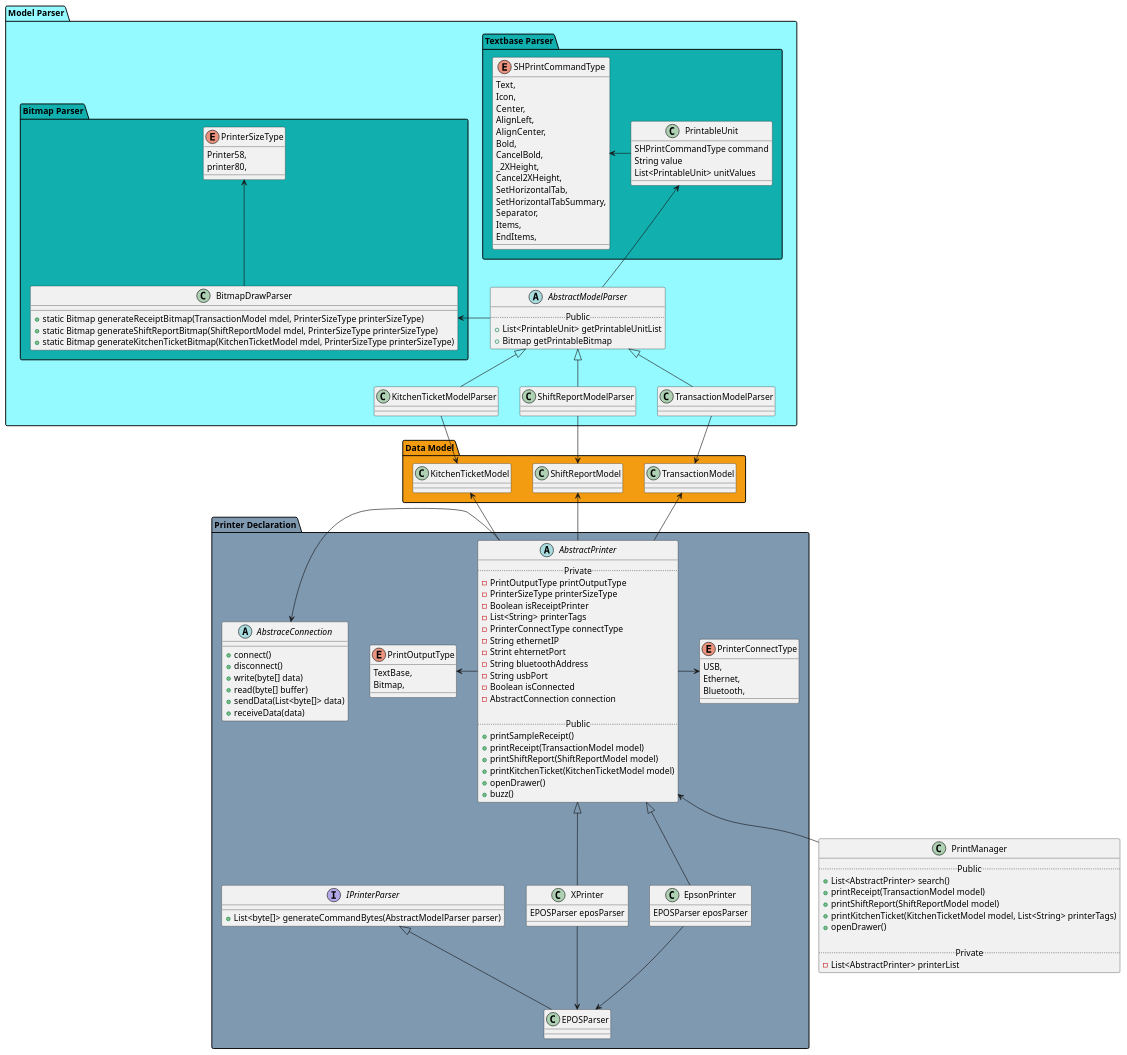
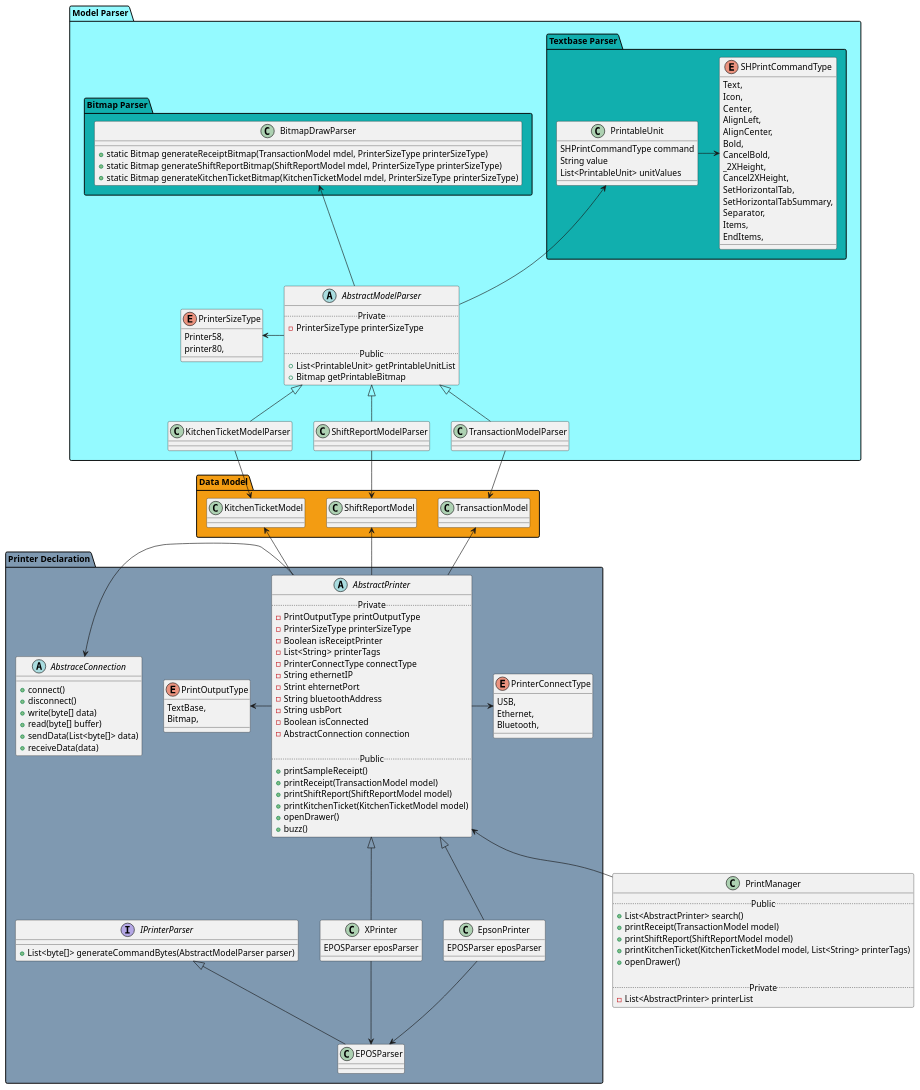
The diagram in src/example/printer.wsd (sumyfly/myUml), drawn with PlantUML before and after one commit.

Commit message:
update printer uml

```diff
--- a/src/example/printer.wsd
+++ b/src/example/printer.wsd
@@ -1,178 +1,183 @@
 @startuml printer
 
 package "Data Model" #F39C12 {
   class TransactionModel {
   }
 
   class ShiftReportModel {
   }
 
   class KitchenTicketModel {
   }
 
 }
 
 package "Model Parser" #94FAFF {
+
+  enum PrinterSizeType {
+    Printer58,
+    printer80,
+  }
+
   package "Textbase Parser" #11AFAE {
 
     enum SHPrintCommandType {
       Text,
       Icon,
       Center,
       AlignLeft,
       AlignCenter,
       Bold,
       CancelBold,
       _2XHeight,
       Cancel2XHeight,
       SetHorizontalTab,
       SetHorizontalTabSummary,
       Separator,
       Items,
       EndItems,
     }
 
     class PrintableUnit {
       SHPrintCommandType command
       String value
       List<PrintableUnit> unitValues
     }
+
+    PrintableUnit -> SHPrintCommandType
   }
 
   package "Bitmap Parser" #11AFAE {
-    enum PrinterSizeType {
-      Printer58,
-      printer80,
-    }
 
     ' temp class, will move logic into specific model parser.
     class BitmapDrawParser {
       + static Bitmap generateReceiptBitmap(TransactionModel mdel, PrinterSizeType printerSizeType)
       + static Bitmap generateShiftReportBitmap(ShiftReportModel mdel, PrinterSizeType printerSizeType)
       + static Bitmap generateKitchenTicketBitmap(KitchenTicketModel mdel, PrinterSizeType printerSizeType)
     }
 
-    PrinterSizeType <-- BitmapDrawParser
   }
 
   abstract class AbstractModelParser{
+    .. Private ..
+    - PrinterSizeType printerSizeType
+
     .. Public ..
     + List<PrintableUnit> getPrintableUnitList
     + Bitmap getPrintableBitmap
   }
-
-  SHPrintCommandType <- PrintableUnit
 
   class TransactionModelParser {
   }
 
   class ShiftReportModelParser {
   }
 
   class KitchenTicketModelParser {
   }
 
+  BitmapDrawParser <-- AbstractModelParser
   PrintableUnit <-- AbstractModelParser
-  BitmapDrawParser <- AbstractModelParser
+  PrinterSizeType <- AbstractModelParser
 
   AbstractModelParser <|-- TransactionModelParser
   TransactionModelParser --> TransactionModel
 
   AbstractModelParser <|-- ShiftReportModelParser
   ShiftReportModelParser --> ShiftReportModel
 
   AbstractModelParser <|-- KitchenTicketModelParser
   KitchenTicketModelParser --> KitchenTicketModel
 }
 
 package "Printer Declaration" #7F99B1 {
   enum PrinterConnectType{
     USB,
     Ethernet,
     Bluetooth,
   }
 
   enum PrintOutputType {
     TextBase,
     Bitmap,
   }
 
   abstract class AbstraceConnection {
     + connect()
     + disconnect()
     + write(byte[] data)
     + read(byte[] buffer)
     + sendData(List<byte[]> data)
     + receiveData(data)
   }
 
   abstract class AbstractPrinter{
     .. Private ..
     - PrintOutputType printOutputType
     - PrinterSizeType printerSizeType
     - Boolean isReceiptPrinter
     - List<String> printerTags
     - PrinterConnectType connectType
     - String ethernetIP
     - Strint ehternetPort
     - String bluetoothAddress
     - String usbPort
     - Boolean isConnected
     - AbstractConnection connection
 
     .. Public ..
     + printSampleReceipt()
     + printReceipt(TransactionModel model)
     + printShiftReport(ShiftReportModel model)
     + printKitchenTicket(KitchenTicketModel model)
     + openDrawer()
     + buzz()
   }
 
   PrintOutputType <- AbstractPrinter
   AbstraceConnection <- AbstractPrinter
   AbstractPrinter -> PrinterConnectType
 
   TransactionModel <-- AbstractPrinter
   ShiftReportModel <-- AbstractPrinter
   KitchenTicketModel <-- AbstractPrinter
 
   interface IPrinterParser {
     + List<byte[]> generateCommandBytes(AbstractModelParser parser)
   }
 
   class EPOSParser {
   }
 
   class XPrinter {
     EPOSParser eposParser
   }
 
   class EpsonPrinter {
     EPOSParser eposParser
   }
 
   AbstractPrinter <|-- XPrinter
   XPrinter --> EPOSParser
 
   AbstractPrinter <|-- EpsonPrinter
   EpsonPrinter --> EPOSParser
 
   IPrinterParser  <|-- EPOSParser
 }
 
 class PrintManager {
   .. Public ..
   + List<AbstractPrinter> search()
   + printReceipt(TransactionModel model)
   + printShiftReport(ShiftReportModel model)
   + printKitchenTicket(KitchenTicketModel model, List<String> printerTags)
   + openDrawer()
 
   .. Private ..
   - List<AbstractPrinter> printerList
 }
 
 AbstractPrinter <-- PrintManager
 
 @enduml
```
